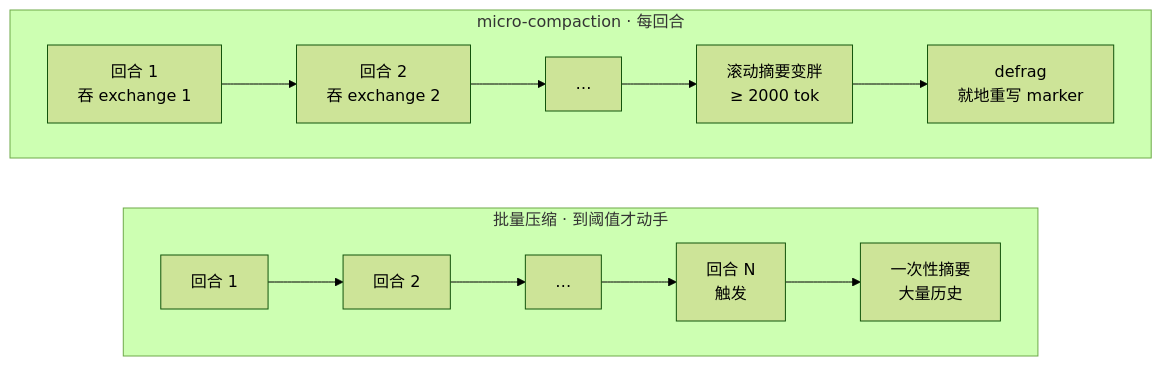
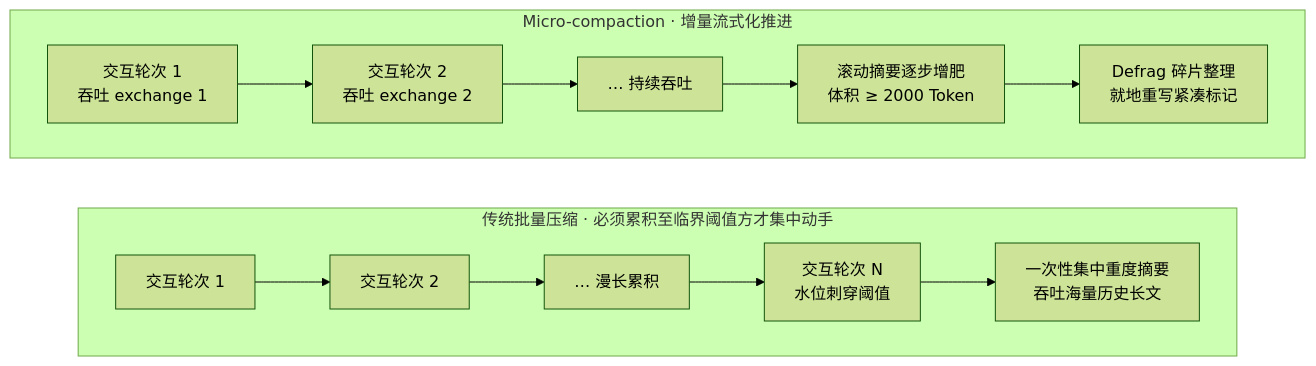
Diagram 11 of 19 in agent-context-compression/Agent_Context_Compression_Research.md (caiboyang/ML-learning), drawn with Mermaid (forest theme) before and after one commit. The commit also changed other lines of this file and 4 other files, not shown here.

````diff
--- a/agent-context-compression/Agent_Context_Compression_Research.md
+++ b/agent-context-compression/Agent_Context_Compression_Research.md
@@ -1039,11 +1042,11 @@
 ```mermaid
 flowchart LR
-    subgraph B["批量压缩 · 到阈值才动手"]
+    subgraph B["传统批量压缩 · 必须累积至临界阈值方才集中动手"]
         direction LR
-        B1["回合 1"] --> B2["回合 2"] --> B3["…"] --> B4["回合 N<br/>触发"] --> B5["一次性摘要<br/>大量历史"]
+        B1["交互轮次 1"] --> B2["交互轮次 2"] --> B3["… 漫长累积"] --> B4["交互轮次 N<br/>水位刺穿阈值"] --> B5["一次性集中重度摘要<br/>吞吐海量历史长文"]
     end
-    subgraph M["micro-compaction · 每回合"]
+    subgraph M["Micro-compaction · 增量流式化推进"]
         direction LR
-        M1["回合 1<br/>吞 exchange 1"] --> M2["回合 2<br/>吞 exchange 2"] --> M3["…"] --> M4["滚动摘要变胖<br/>≥ 2000 tok"] --> M5["defrag<br/>就地重写 marker"]
+        M1["交互轮次 1<br/>吞吐 exchange 1"] --> M2["交互轮次 2<br/>吞吐 exchange 2"] --> M3["… 持续吞吐"] --> M4["滚动摘要逐步增肥<br/>体积 ≥ 2000 Token"] --> M5["Defrag 碎片整理<br/>就地重写紧凑标记"]
     end
 ```
````
